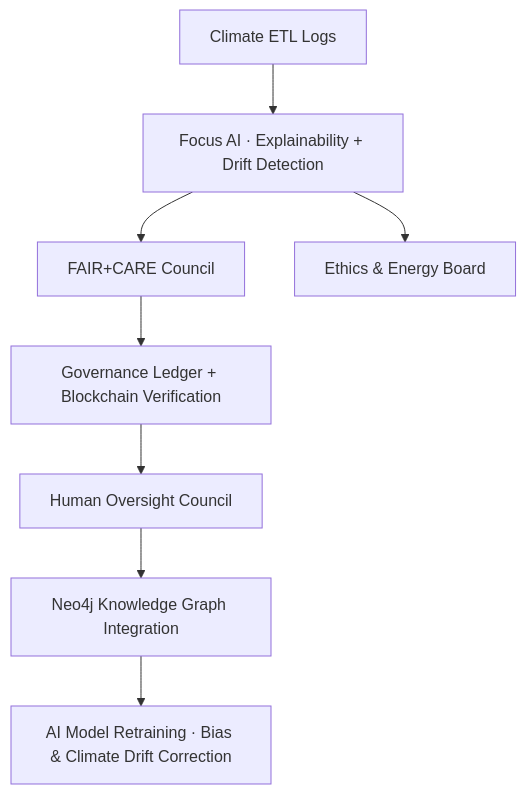
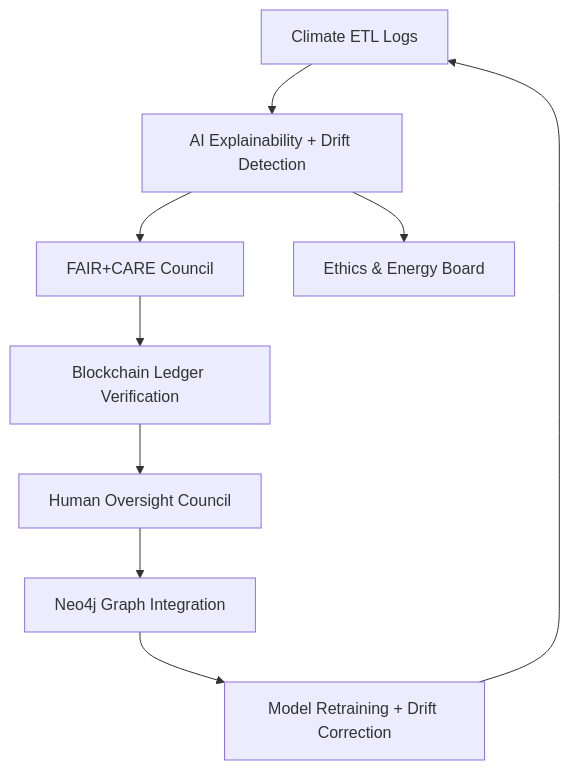
The diagram in data/work/tmp/climate/logs/README.md (bartytime4life/Kansas-Frontier-Matrix), drawn with Mermaid before and after one commit. The commit also changed other lines of this file, not shown here.

````diff
--- a/data/work/tmp/climate/logs/README.md
+++ b/data/work/tmp/climate/logs/README.md
@@ -80,10 +155,11 @@
 ```mermaid
 graph TD
-A[Climate ETL Logs] --> B[Focus AI · Explainability + Drift Detection]
+A[Climate ETL Logs] --> B[AI Explainability + Drift Detection]
 B --> C[FAIR+CARE Council]
 B --> D[Ethics & Energy Board]
-C --> E[Governance Ledger + Blockchain Verification]
+C --> E[Blockchain Ledger Verification]
 E --> F[Human Oversight Council]
-F --> G[Neo4j Knowledge Graph Integration]
-G --> H[AI Model Retraining · Bias & Climate Drift Correction]
+F --> G[Neo4j Graph Integration]
+G --> H[Model Retraining + Drift Correction]
+H --> A
 ```
````
